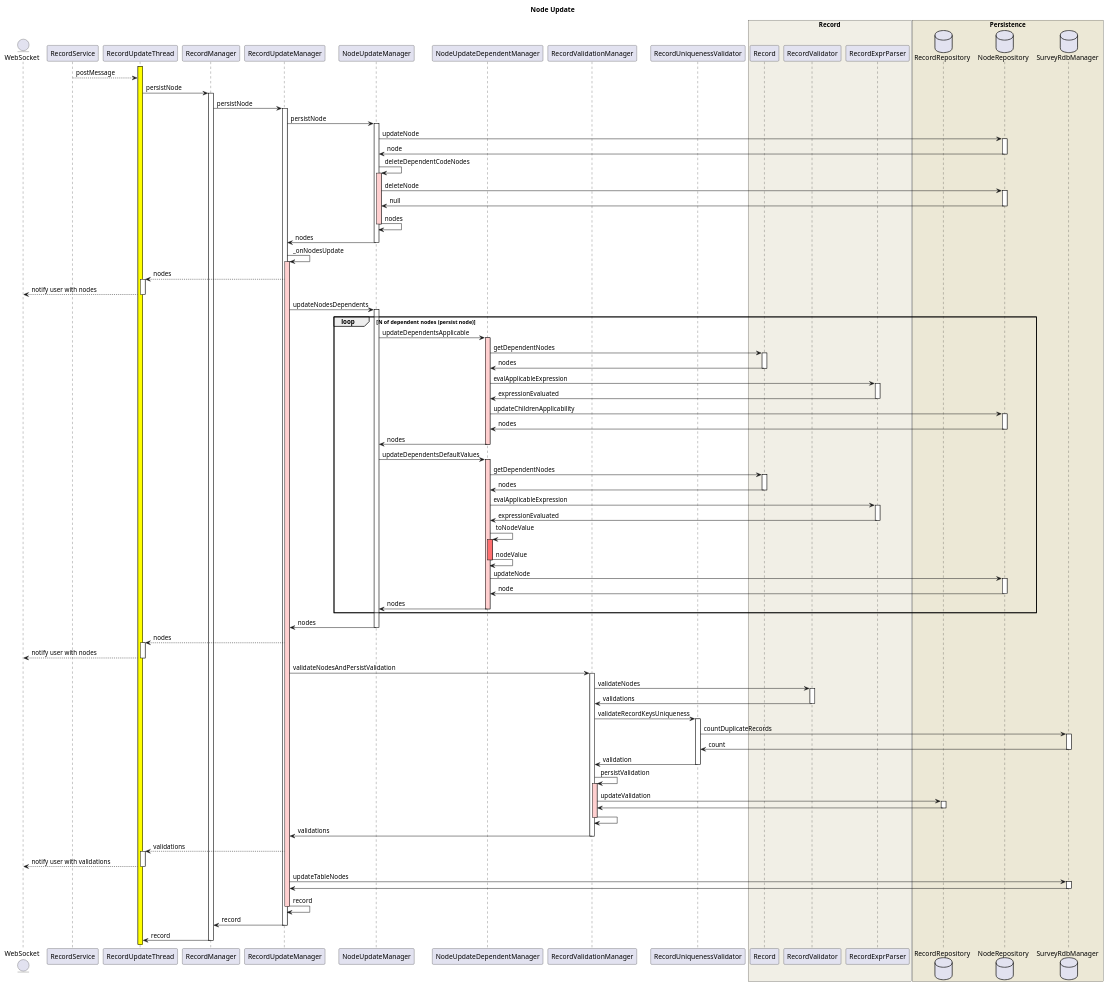
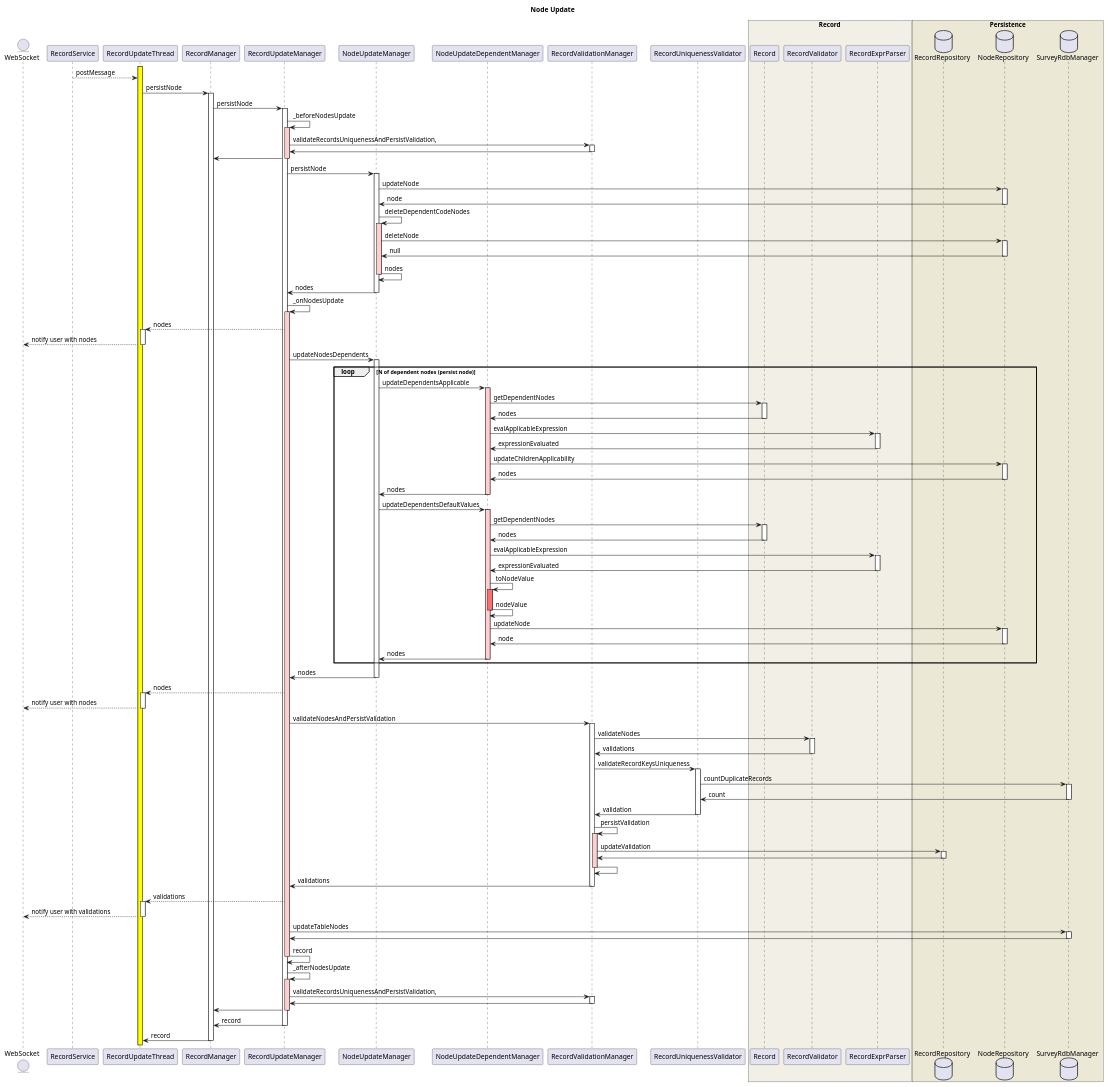
One commit to openforis/arena changed the diagram in doc/uml/sequence/recordUpdateThread.puml. Above: the diagram before and after it, drawn with PlantUML. The commit also changed 2 other files, not shown here.

Commit message:
code clean, updated documentation (sequence diagram)

```diff
--- a/doc/uml/sequence/recordUpdateThread.puml
+++ b/doc/uml/sequence/recordUpdateThread.puml
@@ -1,123 +1,138 @@
 @startuml
 
 ' colors:
 '   level 1 : #FFCFCF
 '   level 2 : #FF6F6F
 
 ' INIT
 title Node Update
 
 entity WebSocket
 participant RecordService
 participant RecordUpdateThread
 participant RecordManager
 participant RecordUpdateManager
 participant NodeUpdateManager
 participant NodeUpdateDependentManager
 participant RecordValidationManager
 participant RecordUniquenessValidator
 
 box "Record" #f1efe6
 participant Record
 participant RecordValidator
 participant RecordExprParser
 end box
 
 box "Persistence" #ece8d6
 database RecordRepository
 database NodeRepository
 database SurveyRdbManager
 end box
 
 RecordUpdateThread ++  #yellow
 
 RecordService --> RecordUpdateThread : postMessage
 
 RecordUpdateThread -> RecordManager ++ : persistNode
     RecordManager -> RecordUpdateManager ++ : persistNode
         'RecordUpdateManager.persistNode
+
+        'RecordUpdateManager._beforeNodesUpdate START
+        RecordUpdateManager -> RecordUpdateManager ++ #FFCFCF: _beforeNodesUpdate
+            RecordUpdateManager -> RecordValidationManager ++ : validateRecordsUniquenessAndPersistValidation,
+                RecordValidationManager -> RecordUpdateManager -- :
+        RecordUpdateManager -> RecordManager -- :
+        'RecordUpdateManager._beforeNodesUpdate END
+
         RecordUpdateManager -> NodeUpdateManager ++ : persistNode
             NodeUpdateManager -> NodeRepository ++ : updateNode
                 NodeRepository -> NodeUpdateManager -- : node
 
             NodeUpdateManager -> NodeUpdateManager ++ #FFCFCF : deleteDependentCodeNodes
                 NodeUpdateManager -> NodeRepository ++ : deleteNode
                     NodeRepository -> NodeUpdateManager -- : null
                 NodeUpdateManager -> NodeUpdateManager --: nodes
 
             NodeUpdateManager -> RecordUpdateManager -- : nodes
 
-    'RecordUpdateManager._onNodesUpdate START
-    RecordUpdateManager -> RecordUpdateManager ++ #FFCFCF: _onNodesUpdate
+        'RecordUpdateManager._onNodesUpdate START
+        RecordUpdateManager -> RecordUpdateManager ++ #FFCFCF: _onNodesUpdate
 
-        RecordUpdateManager --> RecordUpdateThread ++ : nodes
-            RecordUpdateThread --> WebSocket -- : notify user with nodes
+            RecordUpdateManager --> RecordUpdateThread ++ : nodes
+                RecordUpdateThread --> WebSocket -- : notify user with nodes
 
-        RecordUpdateManager -> NodeUpdateManager ++ : updateNodesDependents
-            loop N of dependent nodes (persist node)
+            RecordUpdateManager -> NodeUpdateManager ++ : updateNodesDependents
+                loop N of dependent nodes (persist node)
 
-            '1. UPDATE APPLICABILITY
-            NodeUpdateManager -> NodeUpdateDependentManager ++ #FFCFCF: updateDependentsApplicable
-                NodeUpdateDependentManager -> Record ++ : getDependentNodes
-                    Record -> NodeUpdateDependentManager -- : nodes
-                NodeUpdateDependentManager -> RecordExprParser ++ : evalApplicableExpression
-                    RecordExprParser -> NodeUpdateDependentManager -- : expressionEvaluated
-                NodeUpdateDependentManager -> NodeRepository ++ : updateChildrenApplicability
-                    NodeRepository -> NodeUpdateDependentManager -- : nodes
-                NodeUpdateDependentManager -> NodeUpdateManager -- : nodes
+                '1. UPDATE APPLICABILITY
+                NodeUpdateManager -> NodeUpdateDependentManager ++ #FFCFCF: updateDependentsApplicable
+                    NodeUpdateDependentManager -> Record ++ : getDependentNodes
+                        Record -> NodeUpdateDependentManager -- : nodes
+                    NodeUpdateDependentManager -> RecordExprParser ++ : evalApplicableExpression
+                        RecordExprParser -> NodeUpdateDependentManager -- : expressionEvaluated
+                    NodeUpdateDependentManager -> NodeRepository ++ : updateChildrenApplicability
+                        NodeRepository -> NodeUpdateDependentManager -- : nodes
+                    NodeUpdateDependentManager -> NodeUpdateManager -- : nodes
 
-             '2. UPDATE DEFAULT VALUE
-             NodeUpdateManager -> NodeUpdateDependentManager ++ #FFCFCF : updateDependentsDefaultValues
-                 NodeUpdateDependentManager -> Record ++ : getDependentNodes
-                     Record -> NodeUpdateDependentManager -- : nodes
-                 NodeUpdateDependentManager -> RecordExprParser ++ : evalApplicableExpression
-                     RecordExprParser -> NodeUpdateDependentManager -- : expressionEvaluated
-                 NodeUpdateDependentManager -> NodeUpdateDependentManager ++ #FF6F6F: toNodeValue
-                     NodeUpdateDependentManager -> NodeUpdateDependentManager -- : nodeValue
-                 NodeUpdateDependentManager -> NodeRepository ++ : updateNode
-                     NodeRepository -> NodeUpdateDependentManager -- : node
-                 NodeUpdateDependentManager -> NodeUpdateManager -- : nodes
+                 '2. UPDATE DEFAULT VALUE
+                 NodeUpdateManager -> NodeUpdateDependentManager ++ #FFCFCF : updateDependentsDefaultValues
+                     NodeUpdateDependentManager -> Record ++ : getDependentNodes
+                         Record -> NodeUpdateDependentManager -- : nodes
+                     NodeUpdateDependentManager -> RecordExprParser ++ : evalApplicableExpression
+                         RecordExprParser -> NodeUpdateDependentManager -- : expressionEvaluated
+                     NodeUpdateDependentManager -> NodeUpdateDependentManager ++ #FF6F6F: toNodeValue
+                         NodeUpdateDependentManager -> NodeUpdateDependentManager -- : nodeValue
+                     NodeUpdateDependentManager -> NodeRepository ++ : updateNode
+                         NodeRepository -> NodeUpdateDependentManager -- : node
+                     NodeUpdateDependentManager -> NodeUpdateManager -- : nodes
 
-            end
-            NodeUpdateManager -> RecordUpdateManager -- : nodes
+                end
+                NodeUpdateManager -> RecordUpdateManager -- : nodes
 
-        RecordUpdateManager --> RecordUpdateThread ++ : nodes
-            RecordUpdateThread --> WebSocket -- : notify user with nodes
+            RecordUpdateManager --> RecordUpdateThread ++ : nodes
+                RecordUpdateThread --> WebSocket -- : notify user with nodes
 
-        '3. UPDATE Validation
-        RecordUpdateManager -> RecordValidationManager ++ : validateNodesAndPersistValidation
+            '3. UPDATE Validation
+            RecordUpdateManager -> RecordValidationManager ++ : validateNodesAndPersistValidation
 
-            '3.1 validate record nodes
-            RecordValidationManager -> RecordValidator ++ : validateNodes
-                RecordValidator -> RecordValidationManager -- : validations
+                '3.1 validate record nodes
+                RecordValidationManager -> RecordValidator ++ : validateNodes
+                    RecordValidator -> RecordValidationManager -- : validations
 
 
-            '3.2 validate record uniqueness
-            RecordValidationManager -> RecordUniquenessValidator ++ : validateRecordKeysUniqueness
-                RecordUniquenessValidator -> SurveyRdbManager ++ : countDuplicateRecords
-                    SurveyRdbManager -> RecordUniquenessValidator -- : count
-                RecordUniquenessValidator -> RecordValidationManager  -- : validation
+                '3.2 validate record uniqueness
+                RecordValidationManager -> RecordUniquenessValidator ++ : validateRecordKeysUniqueness
+                    RecordUniquenessValidator -> SurveyRdbManager ++ : countDuplicateRecords
+                        SurveyRdbManager -> RecordUniquenessValidator -- : count
+                    RecordUniquenessValidator -> RecordValidationManager  -- : validation
 
 
-            '3.3 persistValidation
-            RecordValidationManager -> RecordValidationManager ++ #FFCFCF : persistValidation
-                RecordValidationManager -> RecordRepository ++ : updateValidation
-                    RecordRepository -> RecordValidationManager -- :
-                RecordValidationManager -> RecordValidationManager -- :
+                '3.3 persistValidation
+                RecordValidationManager -> RecordValidationManager ++ #FFCFCF : persistValidation
+                    RecordValidationManager -> RecordRepository ++ : updateValidation
+                        RecordRepository -> RecordValidationManager -- :
+                    RecordValidationManager -> RecordValidationManager -- :
 
-            RecordValidationManager -> RecordUpdateManager -- : validations
+                RecordValidationManager -> RecordUpdateManager -- : validations
 
-        RecordUpdateManager --> RecordUpdateThread ++ : validations
-            RecordUpdateThread --> WebSocket -- : notify user with validations
+            RecordUpdateManager --> RecordUpdateThread ++ : validations
+                RecordUpdateThread --> WebSocket -- : notify user with validations
 
-        RecordUpdateManager -> SurveyRdbManager ++ : updateTableNodes
-            SurveyRdbManager -> RecordUpdateManager -- :
+            RecordUpdateManager -> SurveyRdbManager ++ : updateTableNodes
+                SurveyRdbManager -> RecordUpdateManager -- :
 
+        RecordUpdateManager -> RecordUpdateManager -- : record
         'RecordUpdateManager._onNodesUpdate END
-        RecordUpdateManager -> RecordUpdateManager -- : record
+
+        'RecordUpdateManager._afterNodesUpdate START
+        RecordUpdateManager -> RecordUpdateManager ++ #FFCFCF: _afterNodesUpdate
+            RecordUpdateManager -> RecordValidationManager ++ : validateRecordsUniquenessAndPersistValidation,
+                RecordValidationManager -> RecordUpdateManager -- :
+        RecordUpdateManager -> RecordManager -- :
+        'RecordUpdateManager._afterNodesUpdate END
 
     RecordUpdateManager -> RecordManager -- : record
 RecordManager -> RecordUpdateThread -- : record
 
 
 @enduml
```
